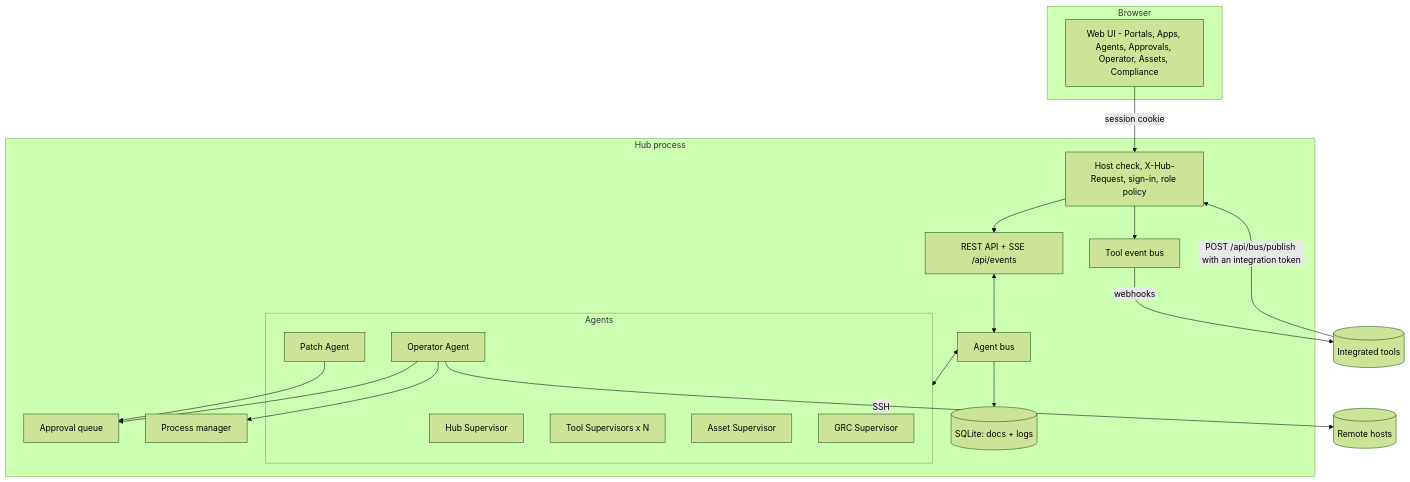
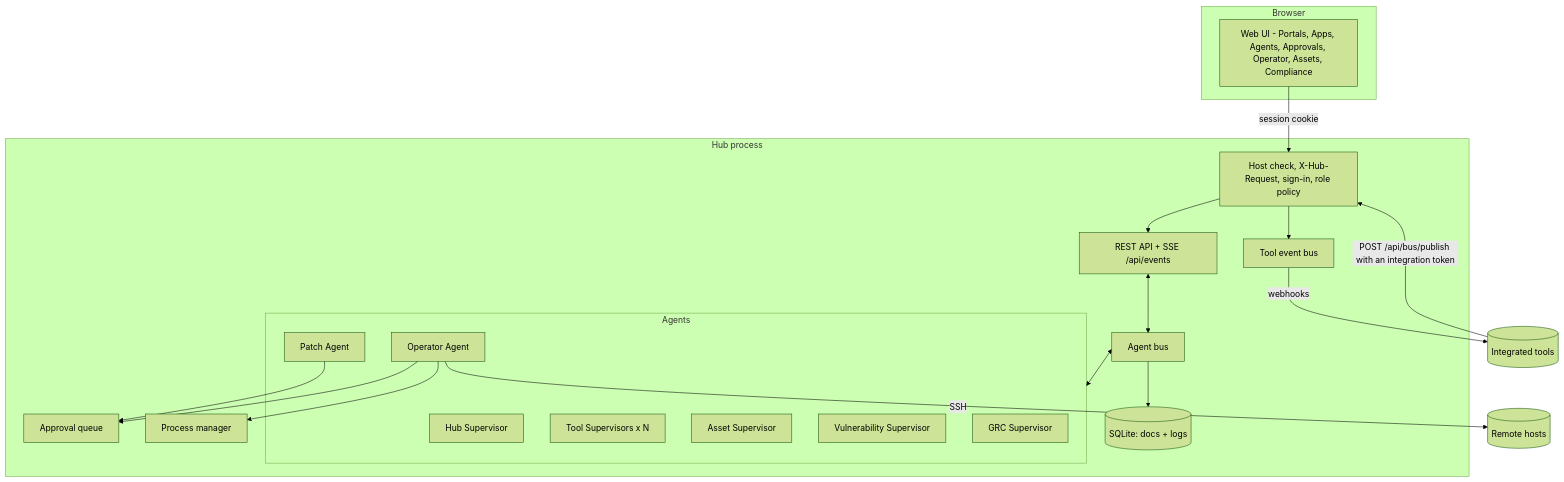
The first of 4 diagrams in docs/ARCHITECTURE.md (IvenGe/atrium), drawn with Mermaid (forest theme) before and after one commit. The commit also changed other lines of this file and 86 other files, not shown here.

````diff
--- a/docs/ARCHITECTURE.md
+++ b/docs/ARCHITECTURE.md
@@ -7,35 +7,36 @@
 ```mermaid
 flowchart TB
   subgraph Browser
     ui[Web UI - Portals, Apps, Agents, Approvals, Operator, Assets, Compliance]
   end
   subgraph Hub process
     guard[Host check, X-Hub-Request, sign-in, role policy]
     api[REST API + SSE /api/events]
     bus[Agent bus]
     store[(SQLite: docs + logs)]
     subgraph Agents
       sup[Hub Supervisor]
       ts[Tool Supervisors x N]
       pa[Patch Agent]
       op[Operator Agent]
       as[Asset Supervisor]
+      vs[Vulnerability Supervisor]
       grc[GRC Supervisor]
     end
     appr[Approval queue]
     proc[Process manager]
     tbus[Tool event bus]
   end
   ui -- session cookie --> guard
   guard --> api
   api <--> bus
   bus <--> Agents
   bus --> store
   pa --> appr
   op --> appr
   op --> proc
   tbus -- webhooks --> tools[(Integrated tools)]
   tools -- POST /api/bus/publish with an integration token --> guard
   guard --> tbus
   op -- SSH --> hosts[(Remote hosts)]
 ```
````
